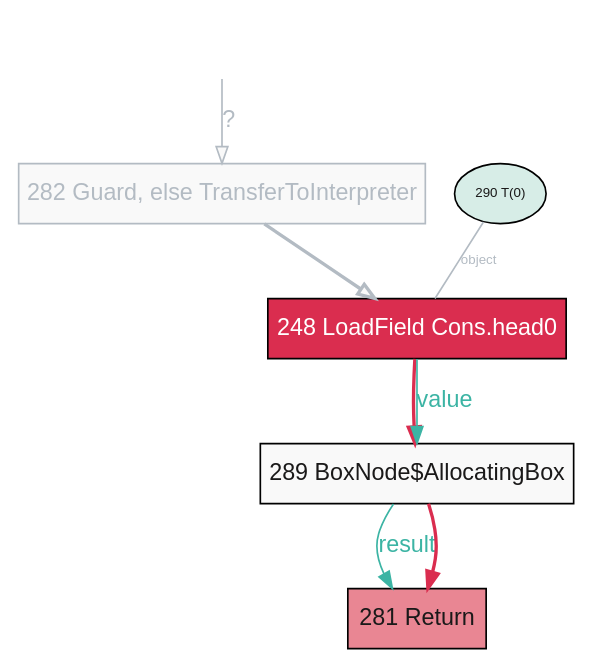
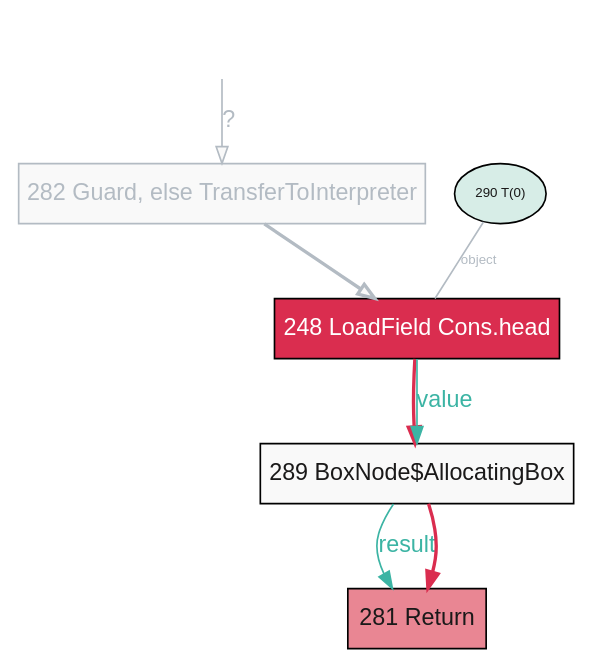
The diagram in figures/dot/List.head.specialized.TruffleTier.dot (jmesyou/mmath-thesis), drawn with Graphviz before and after one commit. The commit also changed 23 other files, not shown here.

```diff
--- a/figures/dot/List.head.specialized.TruffleTier.dot
+++ b/figures/dot/List.head.specialized.TruffleTier.dot
@@ -1,16 +1,16 @@
 digraph G {
   graph [bgcolor="white"];
   node193 [style="invis",label=""];
-  node248 [label="248 LoadField Cons.head0",shape="rectangle",fontname="Arial",style="filled",color="black",fillcolor="#da2d4f",fontcolor="#ffffff"];
+  node248 [label="248 LoadField Cons.head",shape="rectangle",fontname="Arial",style="filled",color="black",fillcolor="#da2d4f",fontcolor="#ffffff"];
   node281 [label="281 Return",shape="rectangle",fontname="Arial",style="filled",color="black",fillcolor="#e98693",fontcolor="#1a1919"];
   node282 [label="282 Guard, else TransferToInterpreter",shape="rectangle",fontname="Arial",style="filled",color="#b3bbc3",fillcolor="#f9f9f9",fontcolor="#b3bbc3"];
   node289 [label="289 BoxNode$AllocatingBox",shape="rectangle",fontname="Arial",style="filled",color="black",fillcolor="#f9f9f9",fontcolor="#1a1919"];
   node248 -> node289 [fontname="arial",color="#da2d4f",fontcolor="#da2d4f",penwidth="2"];
   node289 -> node281 [label="result",fontname="arial",color="#3cb4a4",fontcolor="#3cb4a4"];
   node193 -> node282 [label="?",fontname="arial",color="#b3bbc3",fontcolor="#b3bbc3",fillcolor="#f9f9f9"];
   node282 -> node248 [fontname="arial",color="#b3bbc3",fontcolor="#b3bbc3",penwidth="2",fillcolor="#f9f9f9"];
   node248 -> node289 [label="value",fontname="arial",color="#3cb4a4",fontcolor="#3cb4a4"];
   node289 -> node281 [fontname="arial",color="#da2d4f",fontcolor="#da2d4f",penwidth="2"];
   inline290x248 [label="290 T(0)",shape="oval",fontname="Arial",style="filled",color="black",fillcolor="#d7ede7",fontcolor="#1a1919",fontsize="8"];
   inline290x248 -> node248 [label="object",fontname="arial",color="#b3bbc3",fontcolor="#b3bbc3",fillcolor="#f9f9f9",arrowhead="none",fontsize="8"];
 }
```
